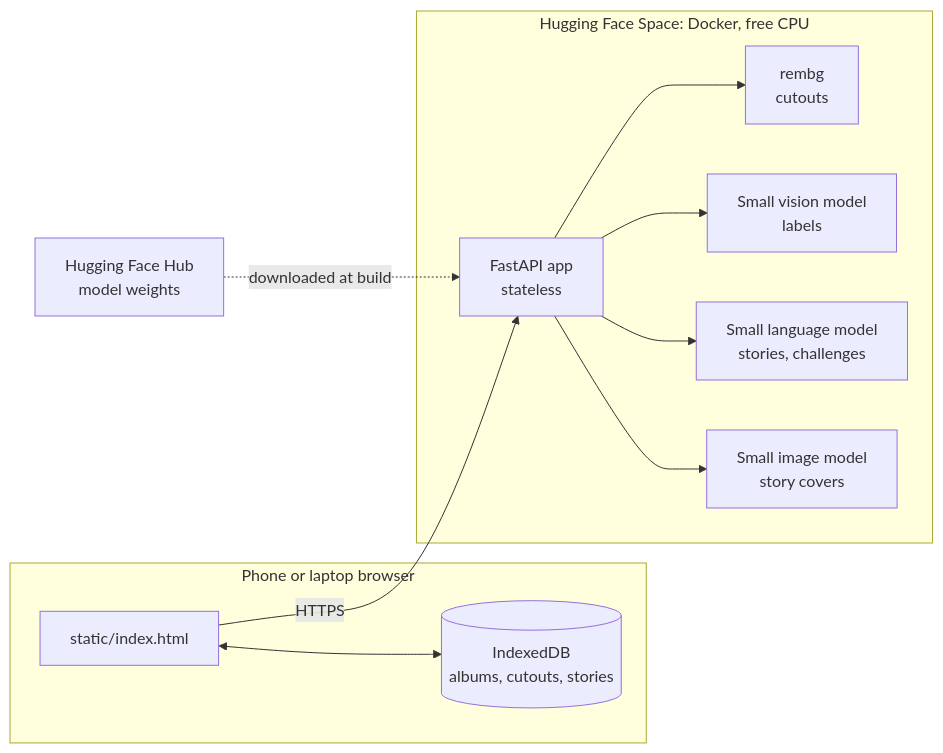
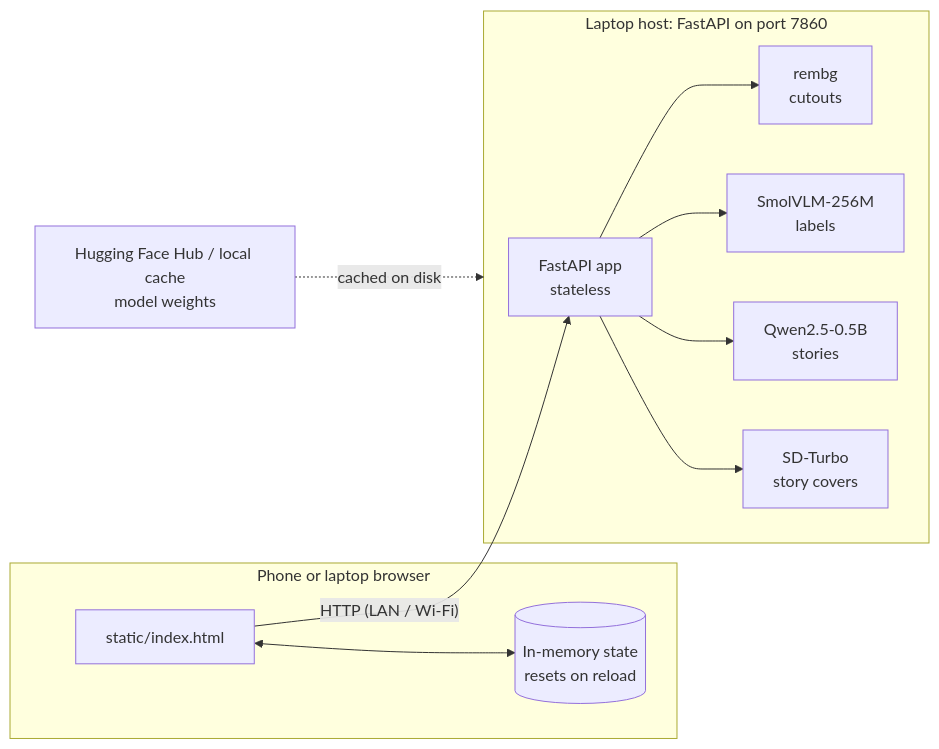
One commit to archangel2006/wayside changed the first of 8 diagrams in docs/diagrams.md. Above: the diagram before and after it, drawn with Mermaid. The commit also changed other lines of this file and 5 other files, not shown here.

````diff
--- a/docs/diagrams.md
+++ b/docs/diagrams.md
@@ -7,25 +7,25 @@
 ```mermaid
 flowchart LR
   subgraph Browser["Phone or laptop browser"]
     UI["static/index.html"]
-    DB[("IndexedDB<br/>albums, cutouts, stories")]
+    MEM[("In-memory state<br/>resets on reload")]
   end
 
-  subgraph Space["Hugging Face Space: Docker, free CPU"]
+  subgraph Host["Laptop host: FastAPI on port 7860"]
     API["FastAPI app<br/>stateless"]
     CUT["rembg<br/>cutouts"]
-    VIS["Small vision model<br/>labels"]
-    LLM["Small language model<br/>stories, challenges"]
-    IMG["Small image model<br/>story covers"]
+    VIS["SmolVLM-256M<br/>labels"]
+    LLM["Qwen2.5-0.5B<br/>stories"]
+    IMG["SD-Turbo<br/>story covers"]
   end
 
-  HUB["Hugging Face Hub<br/>model weights"]
+  HUB["Hugging Face Hub / local cache<br/>model weights"]
 
-  UI <--> DB
-  UI -->|"HTTPS"| API
+  UI <--> MEM
+  UI -->|"HTTP (LAN / Wi-Fi)"| API
   API --> CUT
   API --> VIS
   API --> LLM
   API --> IMG
-  HUB -.->|"downloaded at build"| API
+  HUB -.->|"cached on disk"| Host
 ```
````
